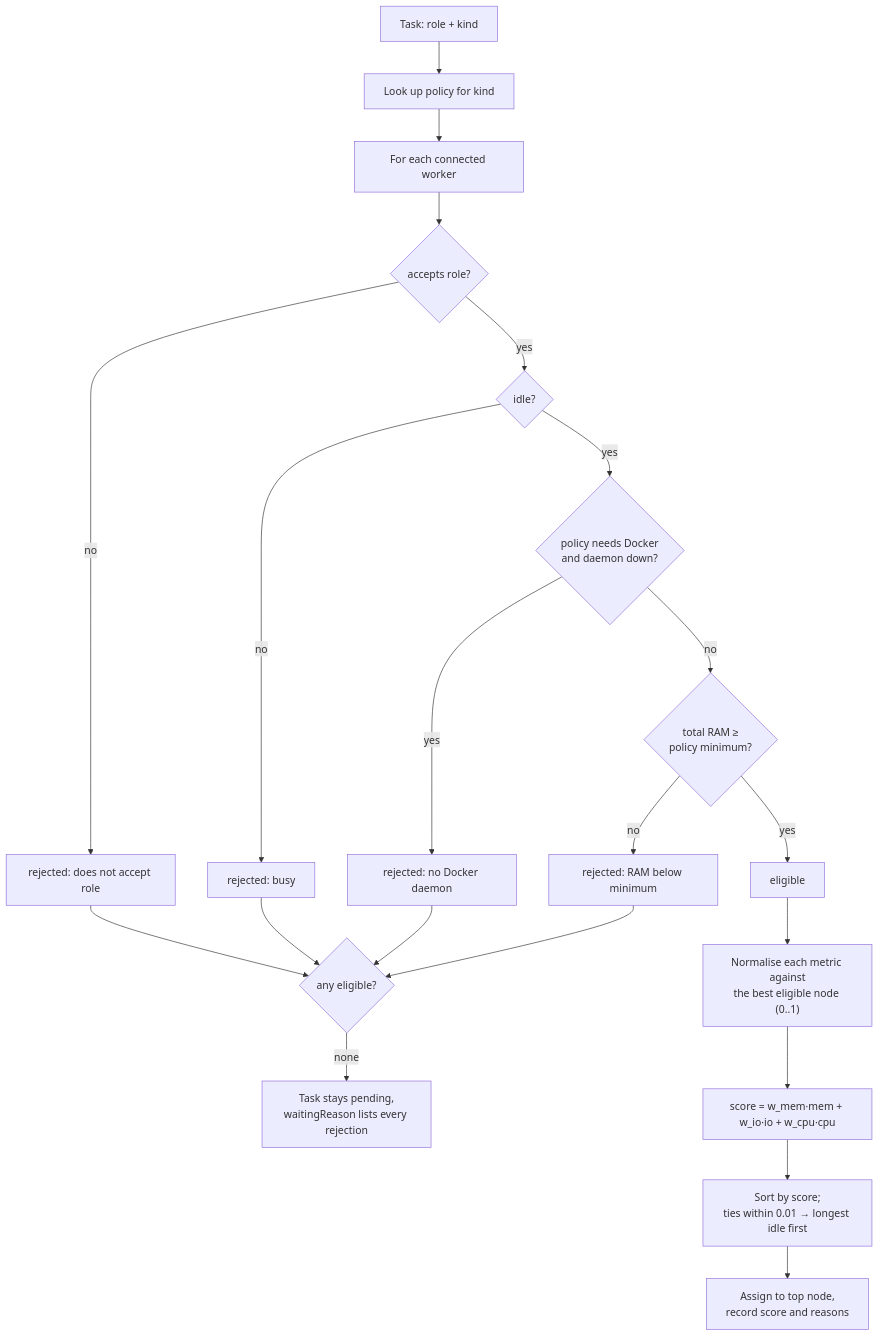
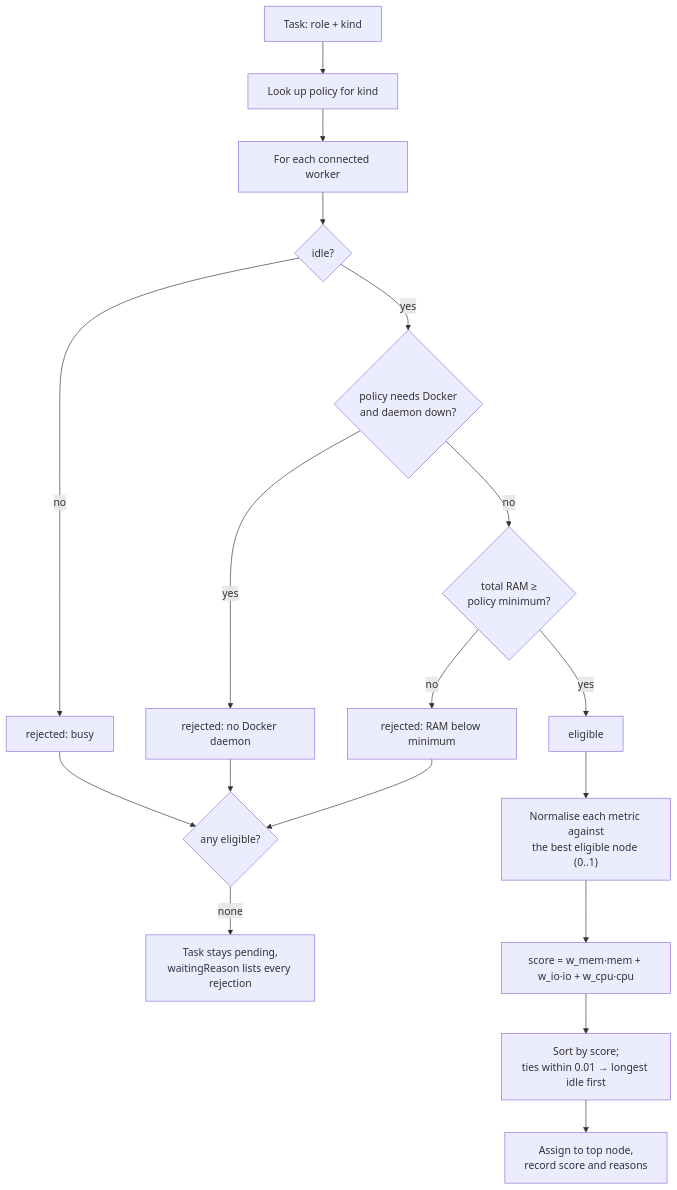
The sixth of 17 diagrams in ARCHITECTURE.md (Sys64k/ai-swarm-orchestrator), drawn with Mermaid before and after one commit. The commit also changed other lines of this file and 27 other files, not shown here.

First line of the commit message:
refactor: drop worker roles; the Architect assigns roles to tasks

````diff
--- a/ARCHITECTURE.md
+++ b/ARCHITECTURE.md
@@ -357,20 +358,18 @@
 ```mermaid
 flowchart TD
   T["Task: role + kind"] --> P["Look up policy for kind"]
   P --> L["For each connected worker"]
-  L --> R1{"accepts role?"}
-  R1 -- no --> X["rejected: does not accept role"]
-  R1 -- yes --> R2{"idle?"}
+  L --> R2{"idle?"}
   R2 -- no --> X2["rejected: busy"]
   R2 -- yes --> R3{"policy needs Docker<br/>and daemon down?"}
   R3 -- yes --> X3["rejected: no Docker daemon"]
   R3 -- no --> R4{"total RAM ≥<br/>policy minimum?"}
   R4 -- no --> X4["rejected: RAM below minimum"]
   R4 -- yes --> OK["eligible"]
   OK --> N["Normalise each metric against<br/>the best eligible node (0..1)"]
   N --> S["score = w_mem·mem + w_io·io + w_cpu·cpu"]
   S --> SORT["Sort by score;<br/>ties within 0.01 → longest idle first"]
   SORT --> PICK["Assign to top node,<br/>record score and reasons"]
-  X & X2 & X3 & X4 --> W{"any eligible?"}
+  X2 & X3 & X4 --> W{"any eligible?"}
   W -- "none" --> PEND["Task stays pending,<br/>waitingReason lists every rejection"]
 ```
````
